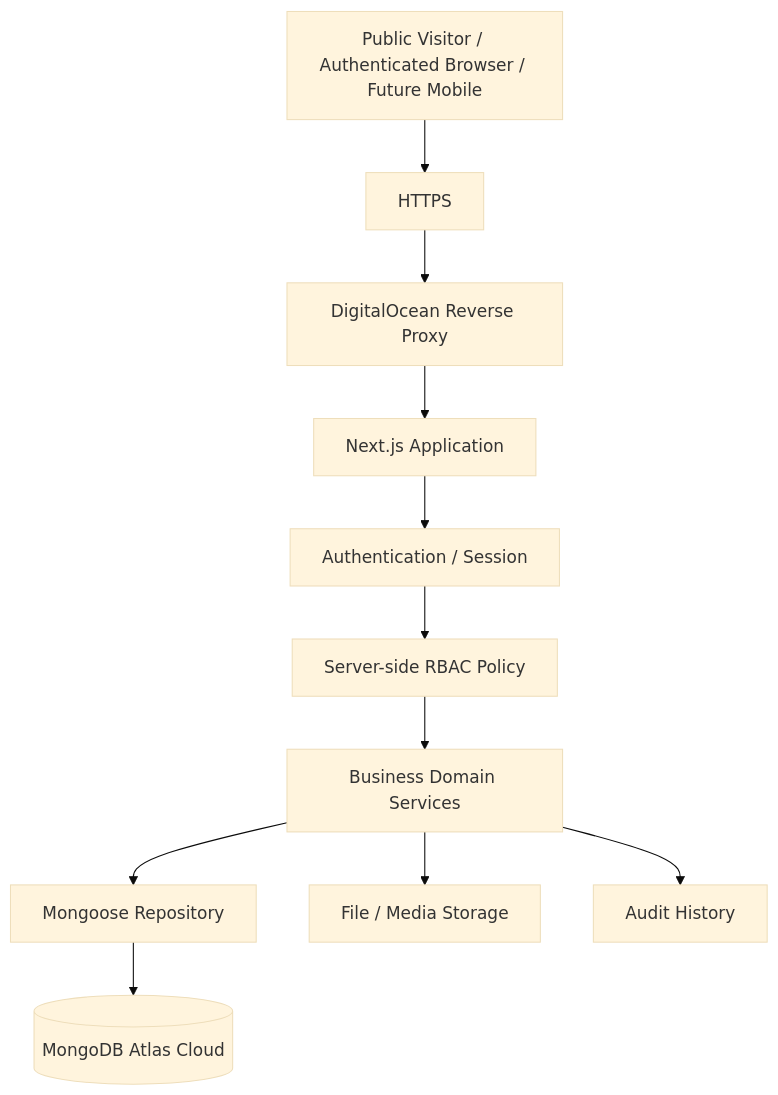
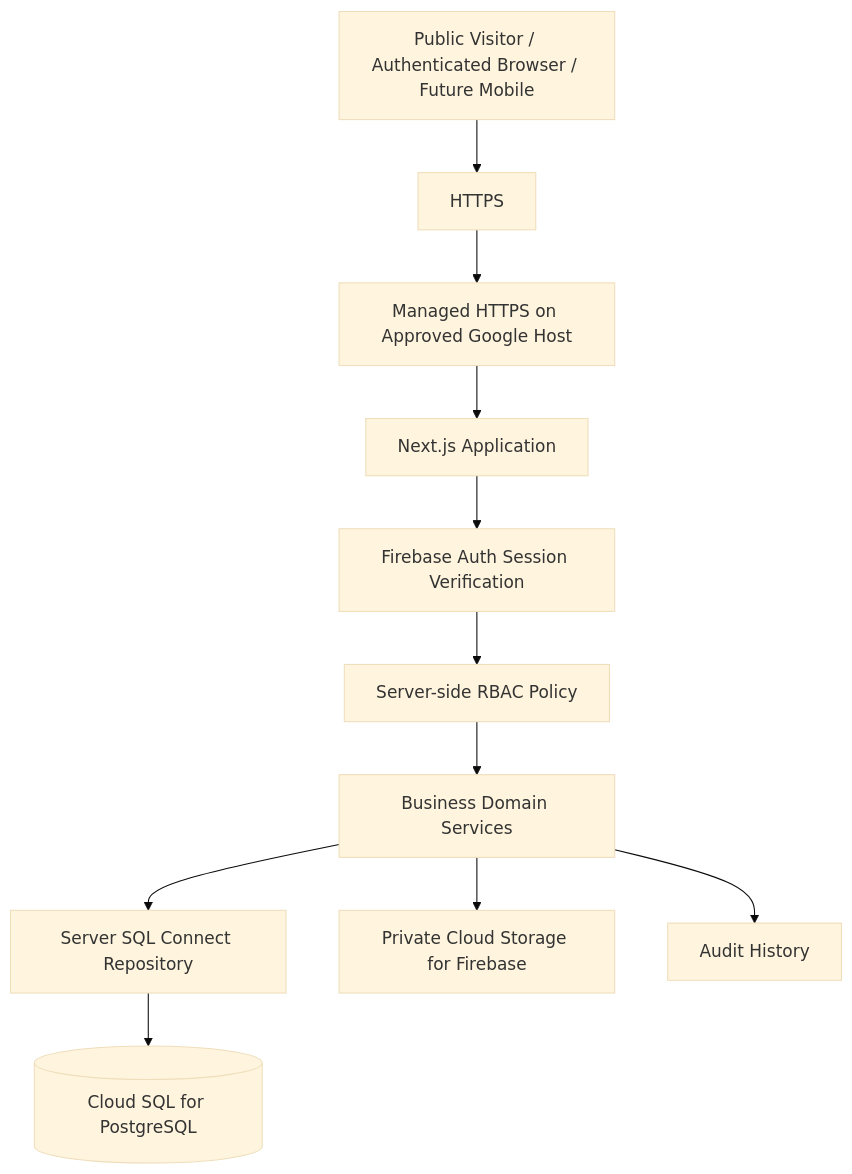
Before and after one commit to orlando-afhomes/afhomes-platform: the diagram in docs/development/security.md, drawn with Mermaid (base theme). The commit also changed other lines of this file and 124 other files, not shown here.

````diff
--- a/docs/development/security.md
+++ b/docs/development/security.md
@@ -42,25 +42,25 @@
 ```mermaid
 flowchart TB
     CLIENT["Public Visitor / Authenticated Browser / Future Mobile"]
     HTTPS["HTTPS"]
-    PROXY["DigitalOcean Reverse Proxy"]
+    PROXY["Managed HTTPS on Approved Google Host"]
     NEXT["Next.js Application"]
-    AUTH["Authentication / Session"]
+    AUTH["Firebase Auth Session Verification"]
     POLICY["Server-side RBAC Policy"]
     SERVICES["Business Domain Services"]
-    REPO["Mongoose Repository"]
-    DB[("MongoDB Atlas Cloud")]
-    FILES["File / Media Storage"]
+    REPO["Server SQL Connect Repository"]
+    DB[("Cloud SQL for PostgreSQL")]
+    FILES["Private Cloud Storage for Firebase"]
     AUDIT["Audit History"]
 
     CLIENT --> HTTPS
     HTTPS --> PROXY
     PROXY --> NEXT
     NEXT --> AUTH
     AUTH --> POLICY
     POLICY --> SERVICES
     SERVICES --> REPO
     REPO --> DB
     SERVICES --> FILES
     SERVICES --> AUDIT
 ```
````
